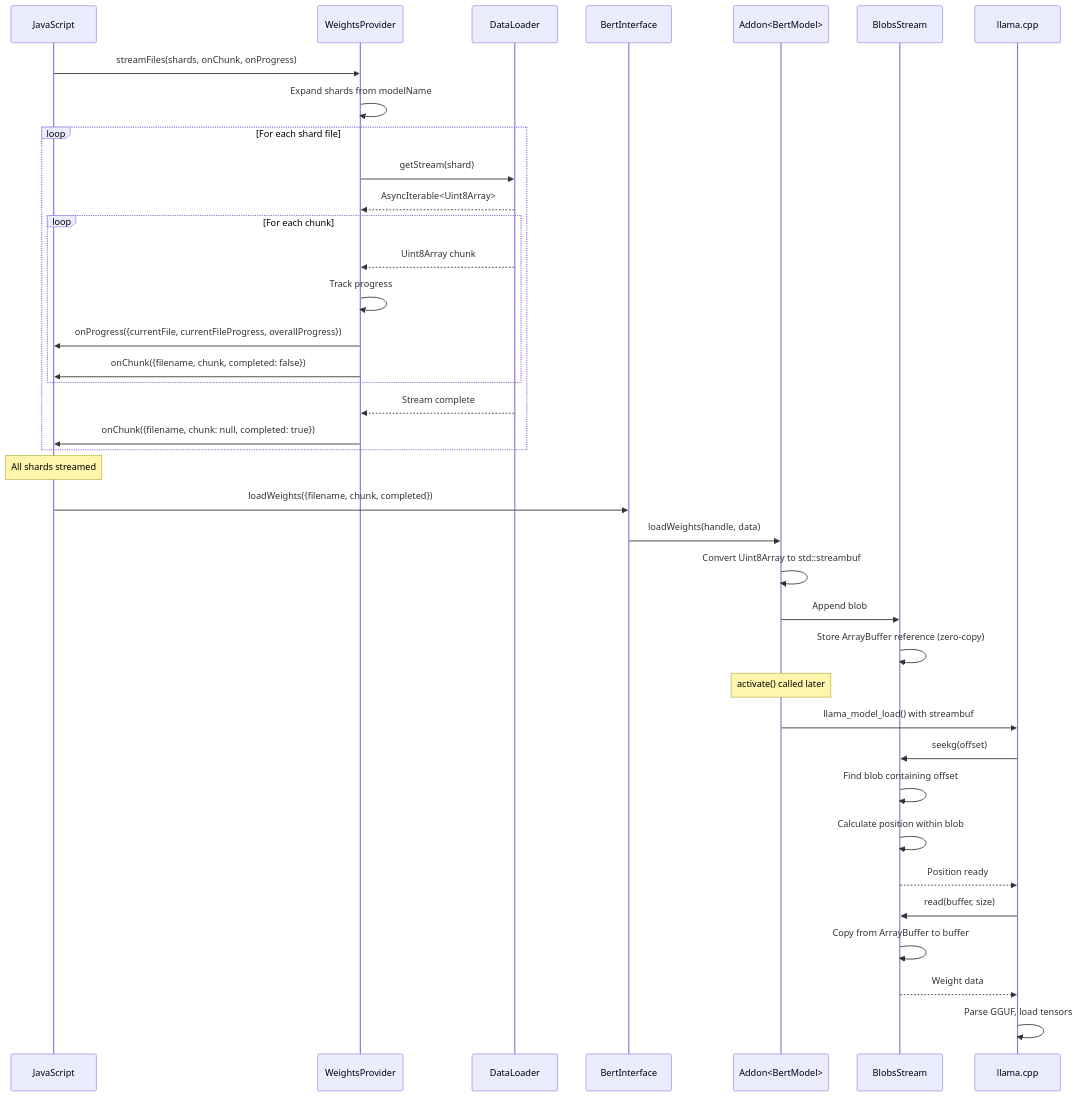
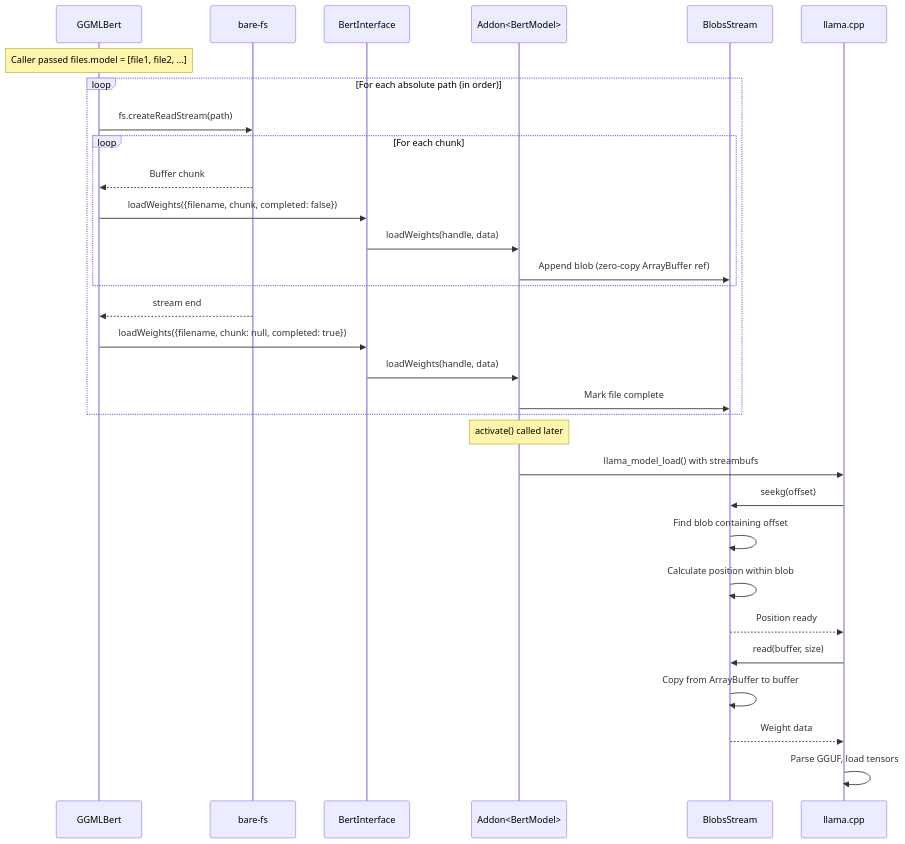
One commit to donriddo/qvac changed the fifth of 9 diagrams in packages/qvac-lib-infer-llamacpp-embed/docs/data-flows-detailed.md. Above: the diagram before and after it, drawn with Mermaid. The commit also changed other lines of this file and 2 other files, not shown here.

Commit message:
docs: update embed architecture, data-flows, README sharded contract

````diff
--- a/packages/qvac-lib-infer-llamacpp-embed/docs/data-flows-detailed.md
+++ b/packages/qvac-lib-infer-llamacpp-embed/docs/data-flows-detailed.md
@@ -202,46 +209,35 @@
 ```mermaid
 sequenceDiagram
-    participant JS as JavaScript
-    participant WP as WeightsProvider
-    participant DL as DataLoader
+    participant JS as GGMLBert
+    participant FS as bare-fs
     participant BI as BertInterface
     participant Addon as Addon<BertModel>
     participant Stream as BlobsStream
     participant LLAMA as llama.cpp
-    
-    JS->>WP: streamFiles(shards, onChunk, onProgress)
-    WP->>WP: Expand shards from modelName
-    
-    loop For each shard file
-        WP->>DL: getStream(shard)
-        DL-->>WP: AsyncIterable<Uint8Array>
-        
+
+    Note over JS: Caller passed files.model = [file1, file2, ...]
+    loop For each absolute path (in order)
+        JS->>FS: fs.createReadStream(path)
         loop For each chunk
-            DL-->>WP: Uint8Array chunk
-            WP->>WP: Track progress
-            WP->>JS: onProgress({currentFile, currentFileProgress, overallProgress})
-            WP->>JS: onChunk({filename, chunk, completed: false})
+            FS-->>JS: Buffer chunk
+            JS->>BI: loadWeights({filename, chunk, completed: false})
+            BI->>Addon: loadWeights(handle, data)
+            Addon->>Stream: Append blob (zero-copy ArrayBuffer ref)
         end
-        
-        DL-->>WP: Stream complete
-        WP->>JS: onChunk({filename, chunk: null, completed: true})
+        FS-->>JS: stream end
+        JS->>BI: loadWeights({filename, chunk: null, completed: true})
+        BI->>Addon: loadWeights(handle, data)
+        Addon->>Stream: Mark file complete
     end
-    
-    Note over JS: All shards streamed
-    JS->>BI: loadWeights({filename, chunk, completed})
-    BI->>Addon: loadWeights(handle, data)
-    Addon->>Addon: Convert Uint8Array to std::streambuf
-    Addon->>Stream: Append blob
-    Stream->>Stream: Store ArrayBuffer reference (zero-copy)
-    
+
     Note over Addon: activate() called later
-    Addon->>LLAMA: llama_model_load() with streambuf
+    Addon->>LLAMA: llama_model_load() with streambufs
     LLAMA->>Stream: seekg(offset)
     Stream->>Stream: Find blob containing offset
     Stream->>Stream: Calculate position within blob
     Stream-->>LLAMA: Position ready
     LLAMA->>Stream: read(buffer, size)
     Stream->>Stream: Copy from ArrayBuffer to buffer
     Stream-->>LLAMA: Weight data
     LLAMA->>LLAMA: Parse GGUF, load tensors
 ```
````
